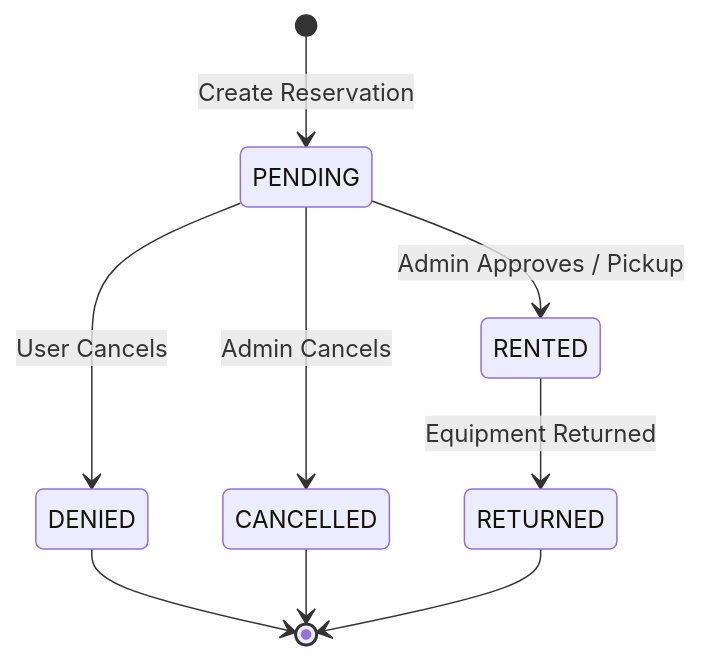
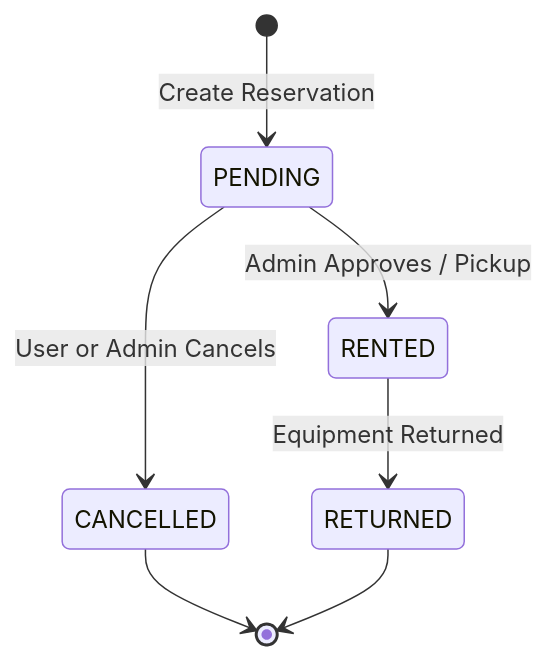
One commit to AKTK-Bystrze/Magazyn changed the second of 3 diagrams in documentation/flows/reservation-flow.md. Above: the diagram before and after it, drawn with Mermaid. The commit also changed other lines of this file and 19 other files, not shown here.

````diff
--- a/documentation/flows/reservation-flow.md
+++ b/documentation/flows/reservation-flow.md
@@ -78,14 +77,12 @@
 ```mermaid
 stateDiagram-v2
     [*] --> PENDING: Create Reservation
     
     PENDING --> RENTED: Admin Approves / Pickup
-    PENDING --> DENIED: User Cancels
-    PENDING --> CANCELLED: Admin Cancels
+    PENDING --> CANCELLED: User or Admin Cancels
     
     RENTED --> RETURNED: Equipment Returned
     
-    DENIED --> [*]
     CANCELLED --> [*]
     RETURNED --> [*]
 ```
````
